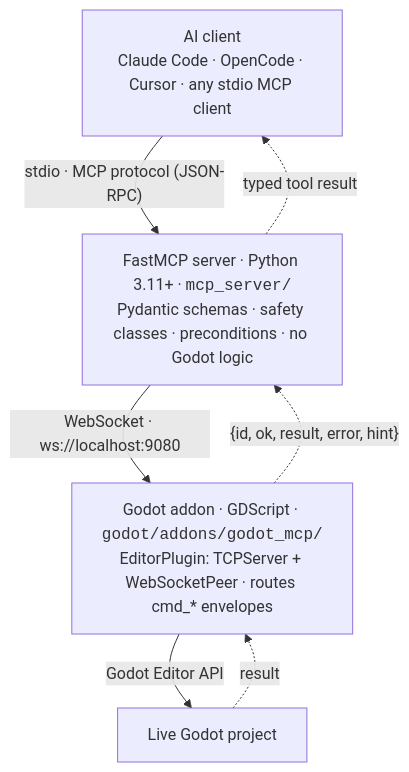
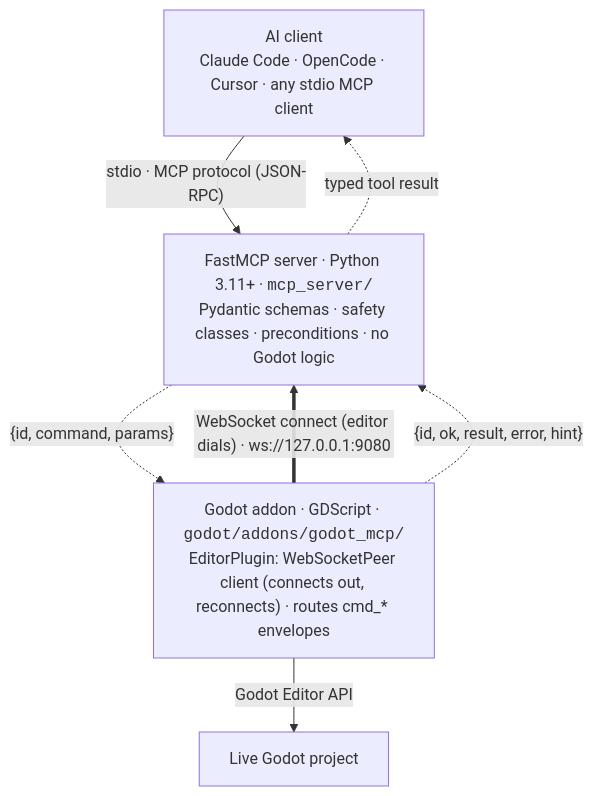
One commit to MuhamadBarzani/godot-mcp changed the first of 2 diagrams in README.md. Above: the diagram before and after it, drawn with Mermaid. The commit also changed other lines of this file and 5 other files, not shown here.

First line of the commit message:
docs: reflect the bridge inversion + add an architecture diagram (#276) (#286)

````diff
--- a/README.md
+++ b/README.md
@@ -55,13 +55,13 @@
 ```mermaid
 flowchart TD
     AI["AI client<br/>Claude Code · OpenCode · Cursor · any stdio MCP client"]
     SRV["FastMCP server · Python 3.11+ · <code>mcp_server/</code><br/>Pydantic schemas · safety classes · preconditions · no Godot logic"]
-    ADDON["Godot addon · GDScript · <code>godot/addons/godot_mcp/</code><br/>EditorPlugin: TCPServer + WebSocketPeer · routes cmd_* envelopes"]
+    ADDON["Godot addon · GDScript · <code>godot/addons/godot_mcp/</code><br/>EditorPlugin: WebSocketPeer client (connects out, reconnects) · routes cmd_* envelopes"]
     PROJ["Live Godot project"]
     AI -->|"stdio · MCP protocol (JSON-RPC)"| SRV
-    SRV -->|"WebSocket · ws://localhost:9080"| ADDON
+    ADDON ==>|"WebSocket connect (editor dials) · ws://127.0.0.1:9080"| SRV
+    SRV -.->|"{id, command, params}"| ADDON
     ADDON -->|"Godot Editor API"| PROJ
-    PROJ -.->|"result"| ADDON
     ADDON -.->|"{id, ok, result, error, hint}"| SRV
     SRV -.->|"typed tool result"| AI
 ```
````
